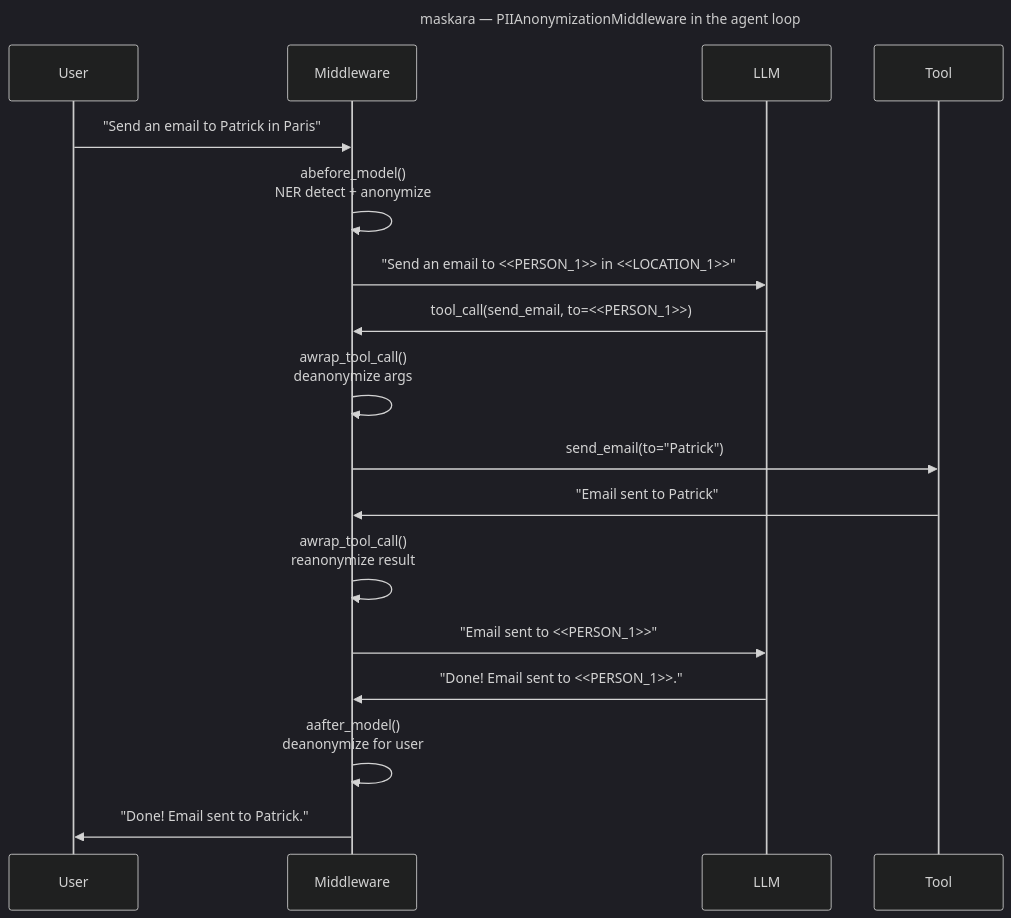
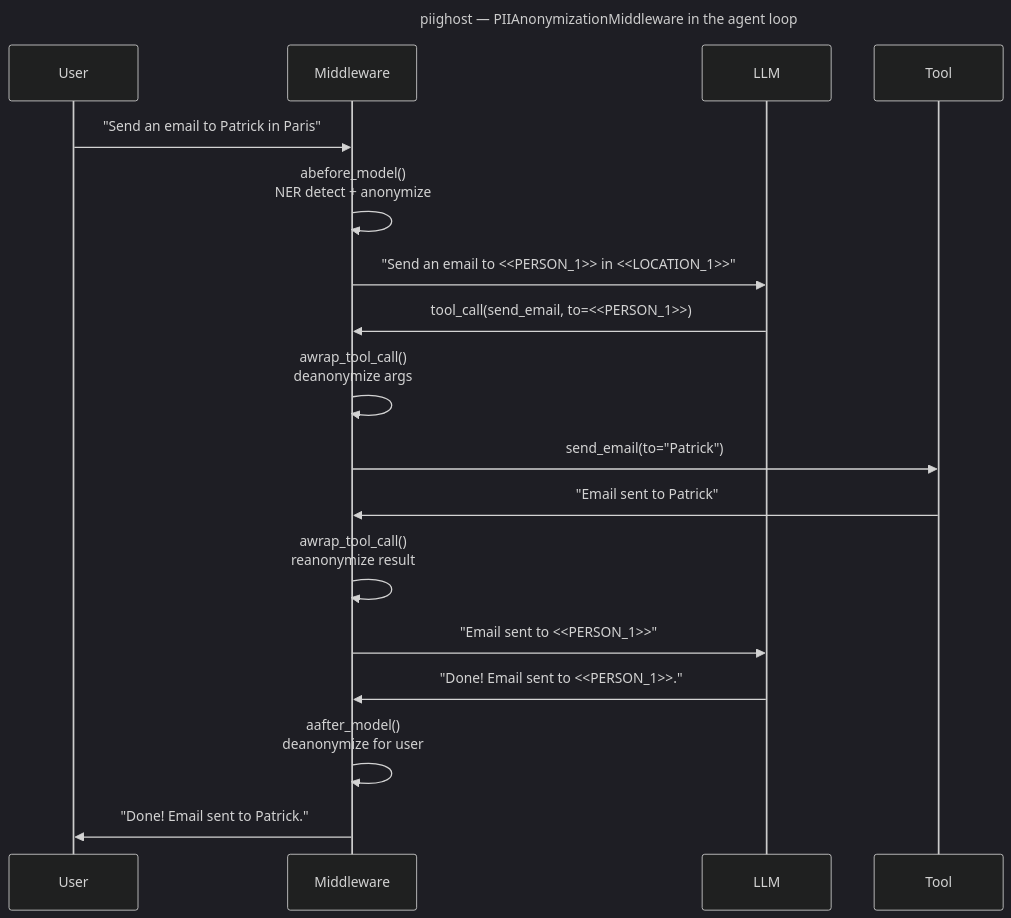
Before and after one commit to Athroniaeth/piighost: the second of 2 diagrams in docs/en/architecture.md, drawn with Mermaid (dark theme). The commit also changed other lines of this file and 51 other files, not shown here.

Commit message:
refactor: rename project from maskara to piighost

````diff
--- a/docs/en/architecture.md
+++ b/docs/en/architecture.md
@@ -117,23 +117,23 @@
 ```mermaid
 ---
-title: "maskara — PIIAnonymizationMiddleware in the agent loop"
+title: "piighost — PIIAnonymizationMiddleware in the agent loop"
 ---
 sequenceDiagram
     participant U as User
     participant M as Middleware
     participant L as LLM
     participant T as Tool
 
     U->>M: "Send an email to Patrick in Paris"
     M->>M: abefore_model()<br/>NER detect + anonymize
     M->>L: "Send an email to <<PERSON_1>> in <<LOCATION_1>>"
     L->>M: tool_call(send_email, to=<<PERSON_1>>)
     M->>M: awrap_tool_call()<br/>deanonymize args
     M->>T: send_email(to="Patrick")
     T->>M: "Email sent to Patrick"
     M->>M: awrap_tool_call()<br/>reanonymize result
     M->>L: "Email sent to <<PERSON_1>>"
     L->>M: "Done! Email sent to <<PERSON_1>>."
     M->>M: aafter_model()<br/>deanonymize for user
     M->>U: "Done! Email sent to Patrick."
 ```
````
